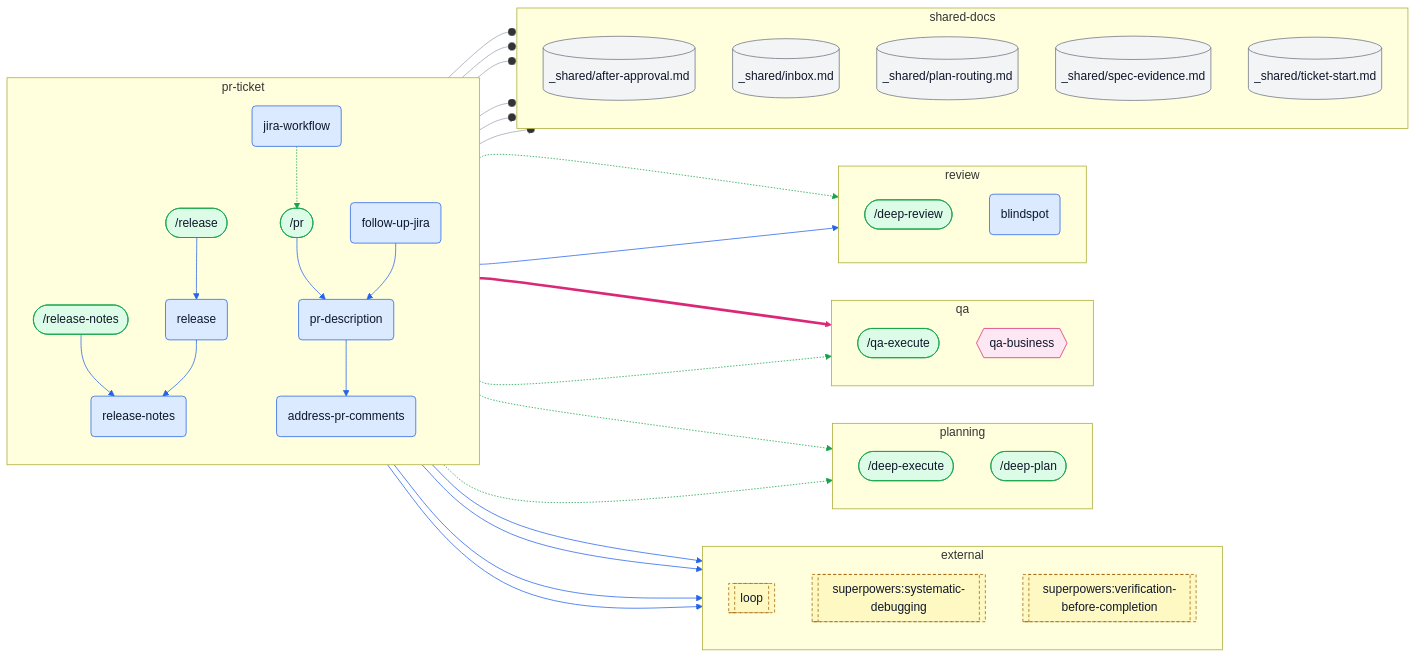
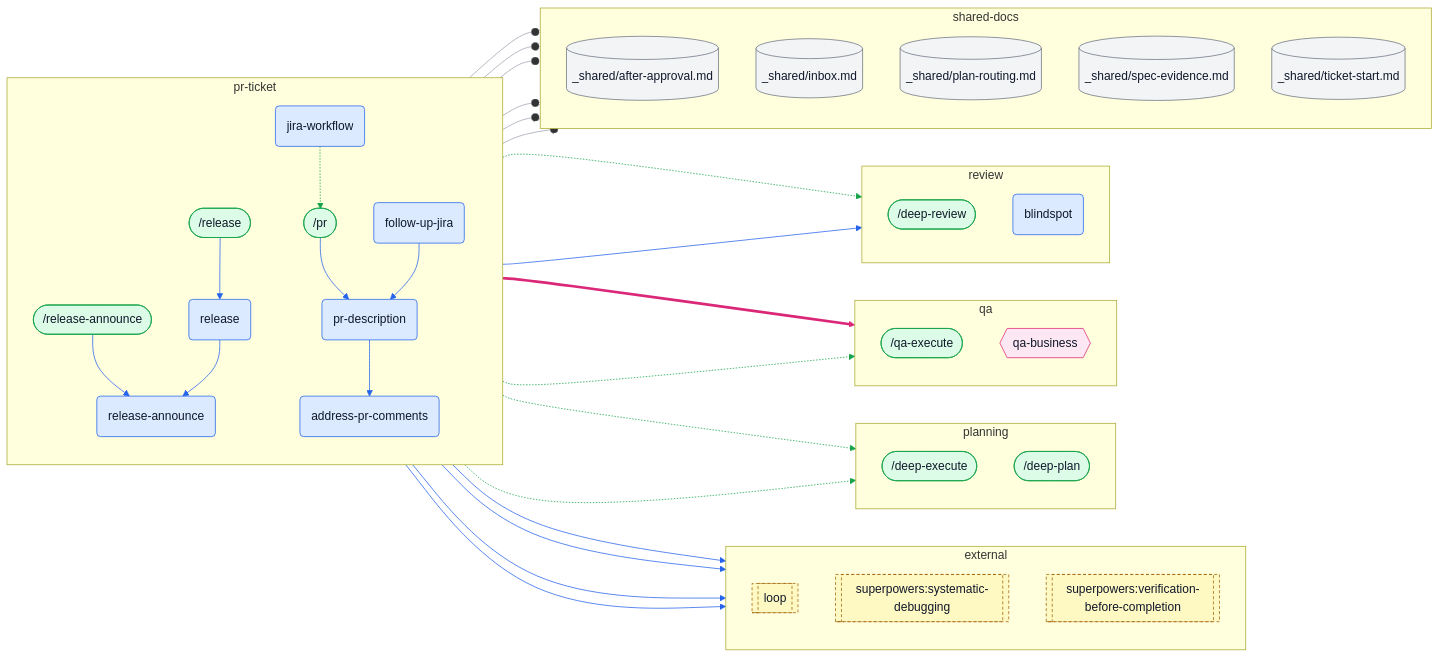
Before and after one commit to ybarsotti/dotfiles: the fifth of 10 diagrams in docs/skills-map.md, drawn with Mermaid. The commit also changed other lines of this file and 6 other files, not shown here.

Commit message:
refactor(skills): rename release-notes to release-announce, since /release-notes is a built-in command

```diff
--- a/docs/skills-map.md
+++ b/docs/skills-map.md
@@ -453,13 +453,13 @@
     direction TB
     c_pr(["/pr"]):::command
     c_release(["/release"]):::command
-    c_release_notes(["/release-notes"]):::command
+    c_release_announce(["/release-announce"]):::command
     s_address_pr_comments("address-pr-comments"):::skill
     s_follow_up_jira("follow-up-jira"):::skill
     s_jira_workflow("jira-workflow"):::skill
     s_pr_description("pr-description"):::skill
     s_release("release"):::skill
-    s_release_notes("release-notes"):::skill
+    s_release_announce("release-announce"):::skill
   end
   subgraph cl_qa["qa"]
     direction TB
@@ -481,7 +481,7 @@
   end
   c_pr --> s_pr_description
   c_release --> s_release
-  c_release_notes --> s_release_notes
+  c_release_announce --> s_release_announce
   s_follow_up_jira --> s_pr_description
   s_jira_workflow -.-> c_deep_execute
   s_jira_workflow -.-> c_deep_plan
@@ -500,8 +500,8 @@
   s_pr_description --> s_blindspot
   s_pr_description --> x_loop
   s_pr_description --> x_superpowers_systematic_debugging
-  s_release --> s_release_notes
-  s_release_notes --o d_inbox
+  s_release --> s_release_announce
+  s_release_announce --o d_inbox
   linkStyle 0 stroke:#2563eb
   linkStyle 1 stroke:#2563eb
   linkStyle 2 stroke:#2563eb
```
